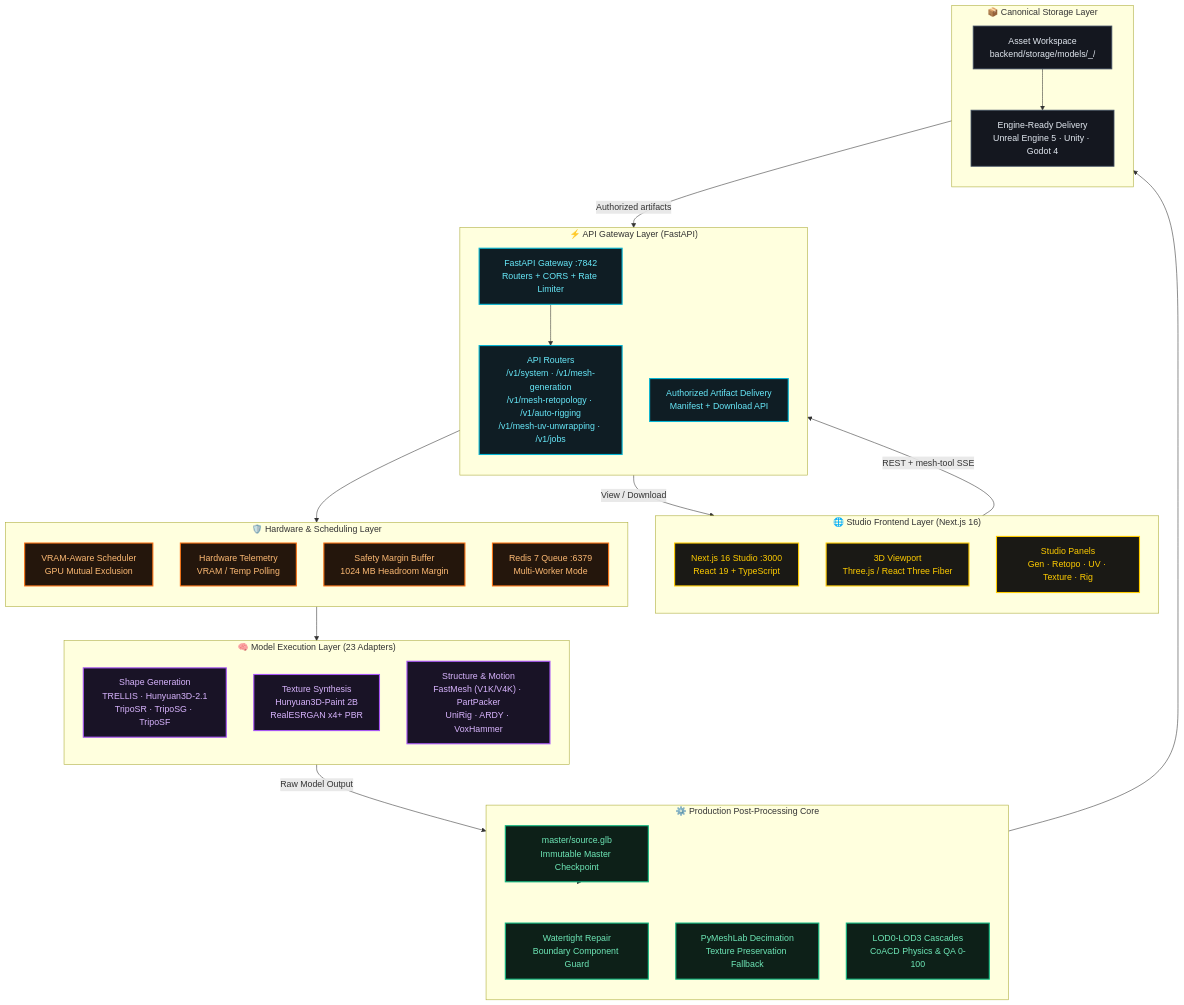
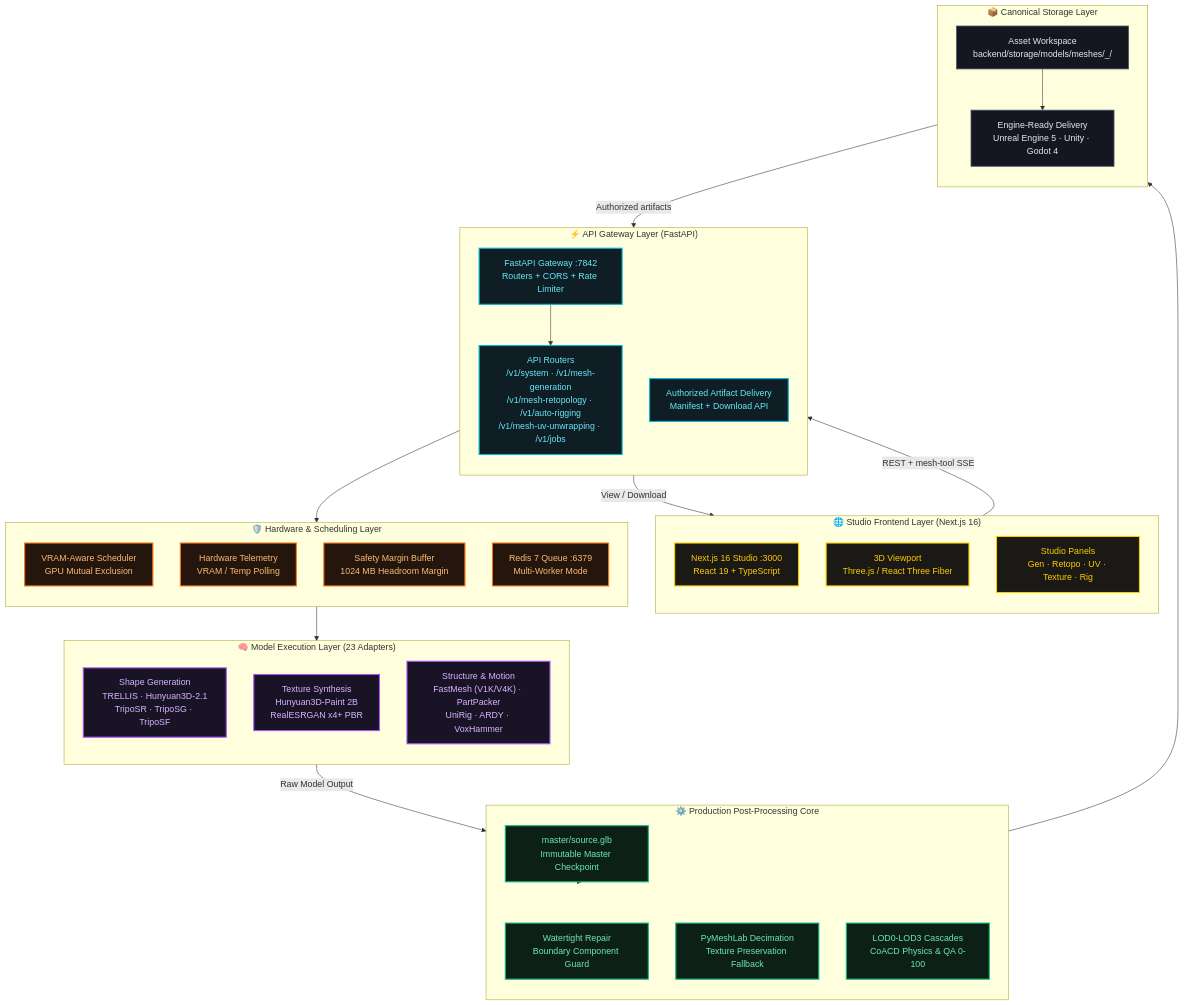
One commit to Silentzx2/ForMash3D changed the first of 4 diagrams in Docs/ARCHITECTURE.md. Above: the diagram before and after it, drawn with Mermaid. The commit also changed other lines of this file and 43 other files, not shown here.

````diff
--- a/Docs/ARCHITECTURE.md
+++ b/Docs/ARCHITECTURE.md
@@ -18,64 +18,64 @@
 ```mermaid
 flowchart TB
     %% Sleek Studio Palette
     classDef gold fill:#1a1915,stroke:#ffcc00,stroke-width:2px,color:#ffcc00;
     classDef cyan fill:#0f1d24,stroke:#06b6d4,stroke-width:2px,color:#67e8f9;
     classDef purple fill:#191326,stroke:#a855f7,stroke-width:2px,color:#d8b4fe;
     classDef green fill:#0d2018,stroke:#10b981,stroke-width:2px,color:#6ee7b7;
     classDef orange fill:#24160c,stroke:#f97316,stroke-width:2px,color:#fdba74;
     classDef slate fill:#14171f,stroke:#475569,stroke-width:1.5px,color:#e2e8f0;
 
     subgraph LAYER["🌐 Studio Frontend Layer (Next.js 16)"]
         direction TB
         NEXT["Next.js 16 Studio :3000<br/>React 19 + TypeScript"]:::gold
         VPORT["3D Viewport<br/>Three.js / React Three Fiber"]:::gold
         CONTROLS["Studio Panels<br/>Gen · Retopo · UV · Texture · Rig"]:::gold
     end
 
     subgraph GW["⚡ API Gateway Layer (FastAPI)"]
         direction TB
         API["FastAPI Gateway :7842<br/>Routers + CORS + Rate Limiter"]:::cyan
         ROUTERS["API Routers<br/>/v1/system · /v1/mesh-generation<br/>/v1/mesh-retopology · /v1/auto-rigging<br/>/v1/mesh-uv-unwrapping · /v1/jobs"]:::cyan
         STATIC["Authorized Artifact Delivery<br/>Manifest + Download API"]:::cyan
     end
 
     subgraph SCHEDULER["🛡️ Hardware & Scheduling Layer"]
         direction TB
         SCHED["VRAM-Aware Scheduler<br/>GPU Mutual Exclusion"]:::orange
         GPU_MON["Hardware Telemetry<br/>VRAM / Temp Polling"]:::orange
         VRAM_BUF["Safety Margin Buffer<br/>1024 MB Headroom Margin"]:::orange
         REDIS["Redis 7 Queue :6379<br/>Multi-Worker Mode"]:::orange
     end
 
     subgraph CORE["🧠 Model Execution Layer (23 Adapters)"]
         direction TB
         SHAPE["Shape Generation<br/>TRELLIS · Hunyuan3D-2.1<br/>TripoSR · TripoSG · TripoSF"]:::purple
         PAINT["Texture Synthesis<br/>Hunyuan3D-Paint 2B<br/>RealESRGAN x4+ PBR"]:::purple
         STRUCT["Structure & Motion<br/>FastMesh (V1K/V4K) · PartPacker<br/>UniRig · ARDY · VoxHammer"]:::purple
     end
 
     subgraph POST["⚙️ Production Post-Processing Core"]
         direction TB
         SRC_CHECK["master/source.glb<br/>Immutable Master Checkpoint"]:::green
         REPAIR["Watertight Repair<br/>Boundary Component Guard"]:::green
         SIMPLIFY["PyMeshLab Decimation<br/>Texture Preservation Fallback"]:::green
         FINISH["LOD0-LOD3 Cascades<br/>CoACD Physics & QA 0-100"]:::green
     end
 
     subgraph DATA["📦 Canonical Storage Layer"]
         direction TB
-        LOCAL["Asset Workspace<br/>backend/storage/models/<asset>_<hash>/"]:::slate
+        LOCAL["Asset Workspace<br/>backend/storage/models/meshes/<asset>_<job_id>/"]:::slate
         ZIP["Engine-Ready Delivery<br/>Unreal Engine 5 · Unity · Godot 4"]:::slate
     end
 
     LAYER -->|"REST + mesh-tool SSE"| GW
     API --> ROUTERS
     ROUTERS --> SCHEDULER
     SCHEDULER --> CORE
     CORE -->|"Raw Model Output"| SRC_CHECK
     SRC_CHECK --> POST
     POST --> LOCAL
     LOCAL --> ZIP
     LOCAL -->|"Authorized artifacts"| STATIC
     STATIC -->|"View / Download"| VPORT
 ```
````
